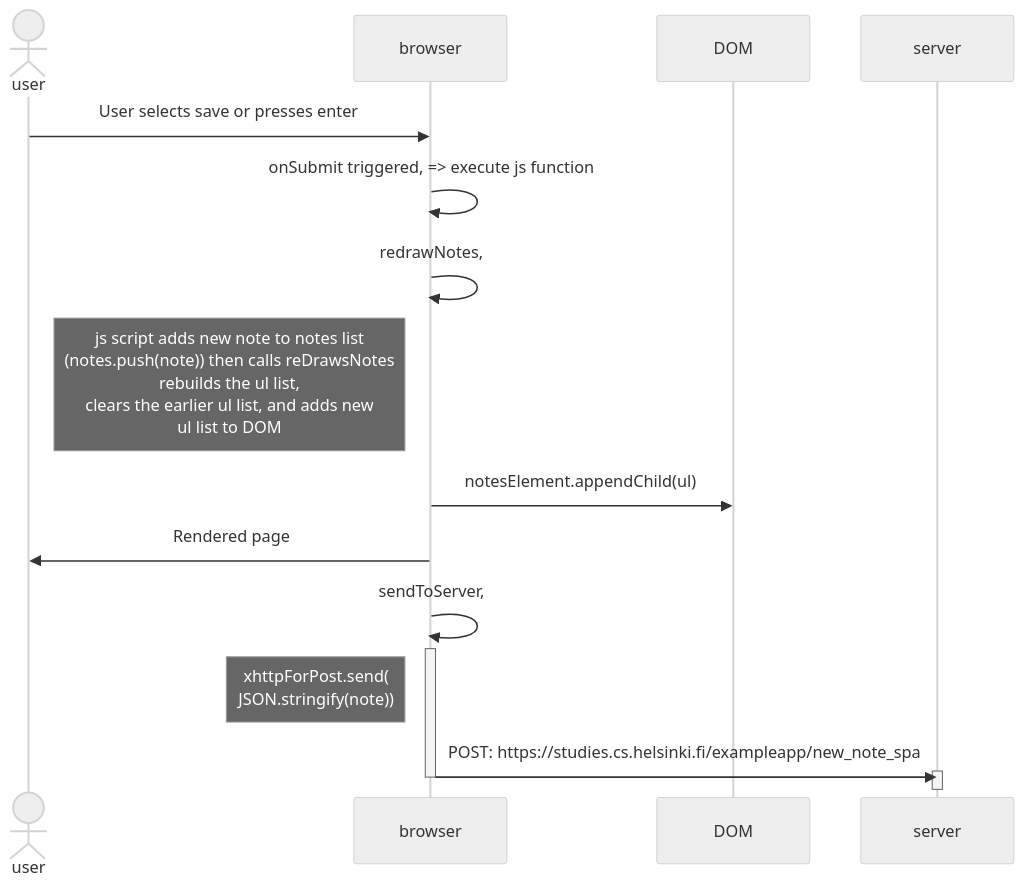
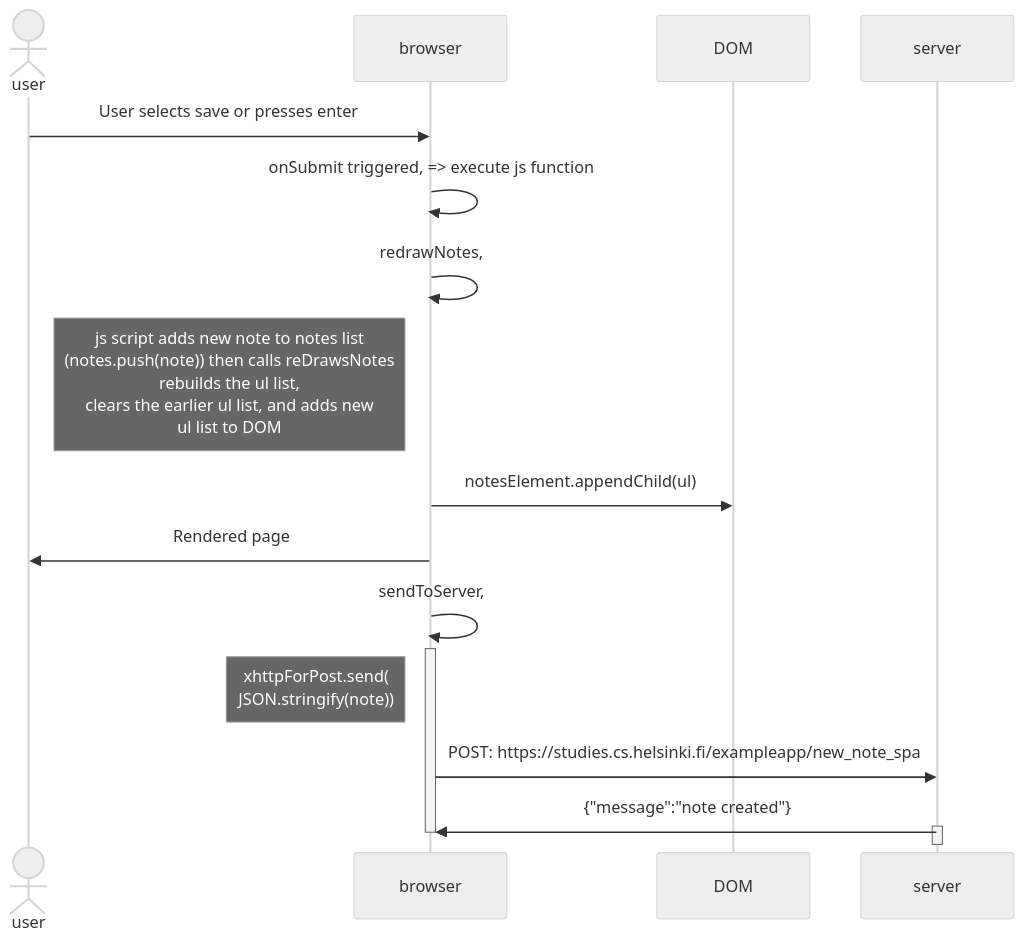
Before and after one commit to mattire/FullStackOpen_Palautusrepositorio: the third of 3 diagrams in osa0/README.md, drawn with Mermaid (neutral theme).

Commit message:
Osa0, refine seq diagrams

````diff
--- a/osa0/README.md
+++ b/osa0/README.md
@@ -84,23 +84,24 @@
 ```mermaid
 sequenceDiagram
     actor user
     participant browser
     participant DOM
     participant server
 
     user->>browser: User selects save or presses enter
     browser->>browser: onSubmit triggered, => execute js function
     browser->>browser: redrawNotes,
     Note left of browser: js script adds new note to notes list<br>(notes.push(note)) then calls reDrawsNotes <br> rebuilds the ul list, <br> clears the earlier ul list, and adds new <br> ul list to DOM
     browser->>DOM: notesElement.appendChild(ul)
     browser->>user: Rendered page
     browser->>browser: sendToServer,
     activate browser
     Note left of browser: xhttpForPost.send(<br>JSON.stringify(note))
     browser->>server: POST: https://studies.cs.helsinki.fi/exampleapp/new_note_spa
+    server->>browser: {"message":"note created"}
     deactivate browser
     activate server
 
     deactivate server
 
 ```
````
